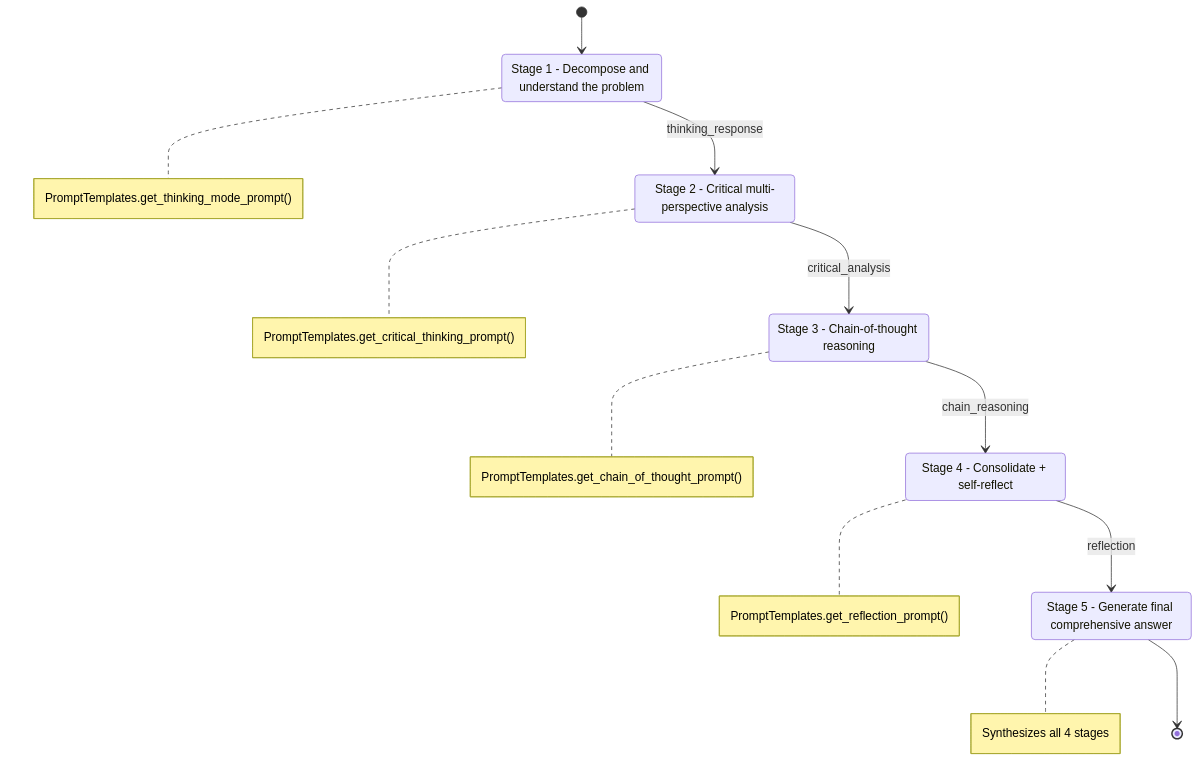
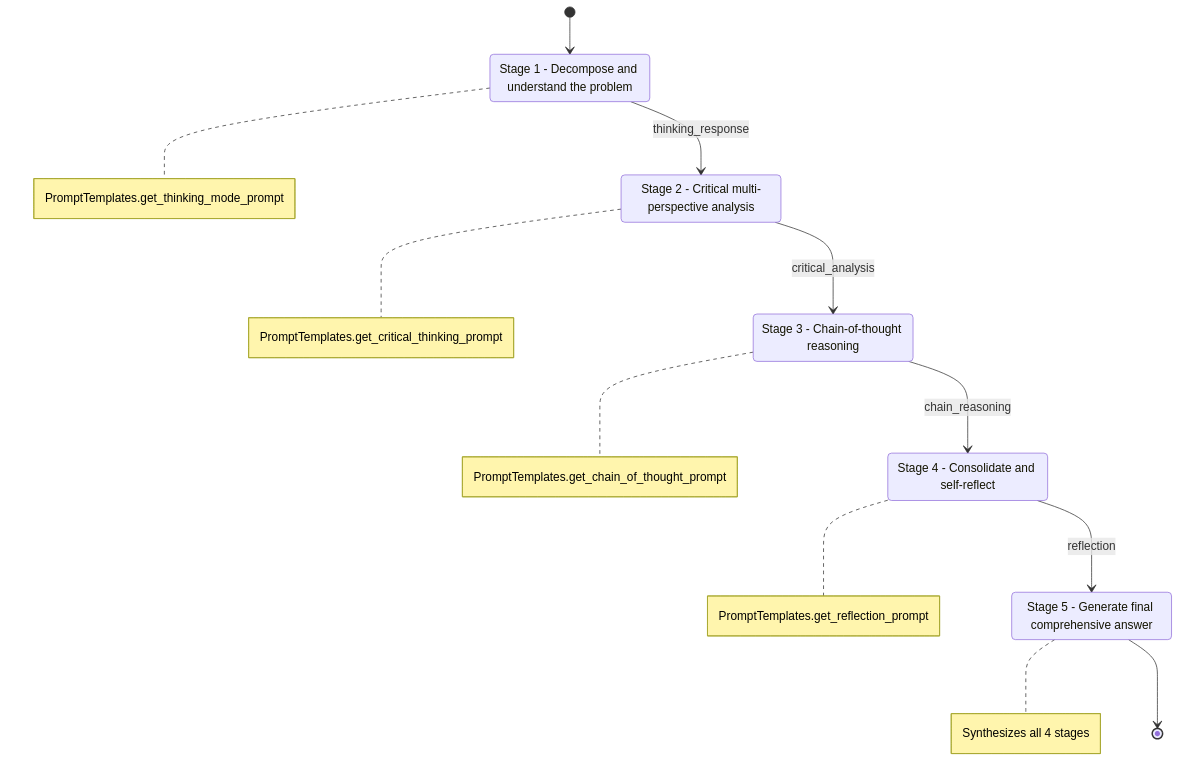
The sixth of 7 diagrams in Architecture_Refactoring_Toolkit/project_docs/11_processing_mode_state_machines.md (Zenobia000/openagent_backend), drawn with Mermaid before and after one commit. The commit also changed other lines of this file and 56 other files, not shown here.

````diff
--- a/Architecture_Refactoring_Toolkit/project_docs/11_processing_mode_state_machines.md
+++ b/Architecture_Refactoring_Toolkit/project_docs/11_processing_mode_state_machines.md
@@ -322,24 +328,34 @@
 ```mermaid
 stateDiagram-v2
     [*] --> ProblemAnalysis
 
     ProblemAnalysis: Stage 1 - Decompose and understand the problem
-    note right of ProblemAnalysis: PromptTemplates.get_thinking_mode_prompt()
+    note right of ProblemAnalysis
+        PromptTemplates.get_thinking_mode_prompt
+    end note
     ProblemAnalysis --> MultiPerspective: thinking_response
 
     MultiPerspective: Stage 2 - Critical multi-perspective analysis
-    note right of MultiPerspective: PromptTemplates.get_critical_thinking_prompt()
+    note right of MultiPerspective
+        PromptTemplates.get_critical_thinking_prompt
+    end note
     MultiPerspective --> DeepReasoning: critical_analysis
 
     DeepReasoning: Stage 3 - Chain-of-thought reasoning
-    note right of DeepReasoning: PromptTemplates.get_chain_of_thought_prompt()
+    note right of DeepReasoning
+        PromptTemplates.get_chain_of_thought_prompt
+    end note
     DeepReasoning --> SynthesisAndReflection: chain_reasoning
 
-    SynthesisAndReflection: Stage 4 - Consolidate + self-reflect
-    note right of SynthesisAndReflection: PromptTemplates.get_reflection_prompt()
+    SynthesisAndReflection: Stage 4 - Consolidate and self-reflect
+    note right of SynthesisAndReflection
+        PromptTemplates.get_reflection_prompt
+    end note
     SynthesisAndReflection --> FinalAnswer: reflection
 
     FinalAnswer: Stage 5 - Generate final comprehensive answer
-    note right of FinalAnswer: Synthesizes all 4 stages
+    note right of FinalAnswer
+        Synthesizes all 4 stages
+    end note
     FinalAnswer --> [*]
 ```
````
